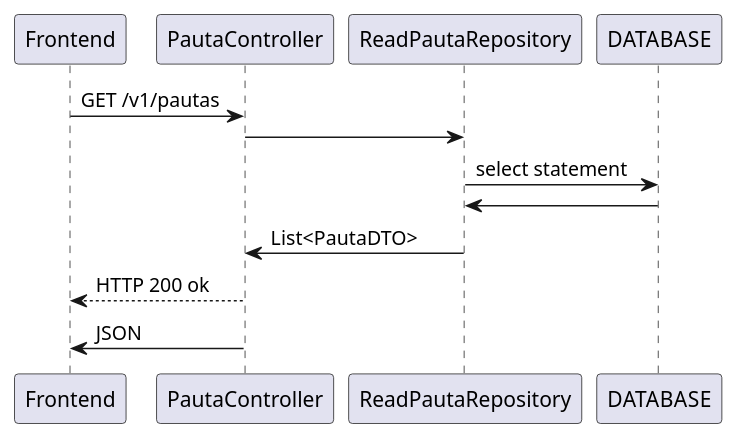
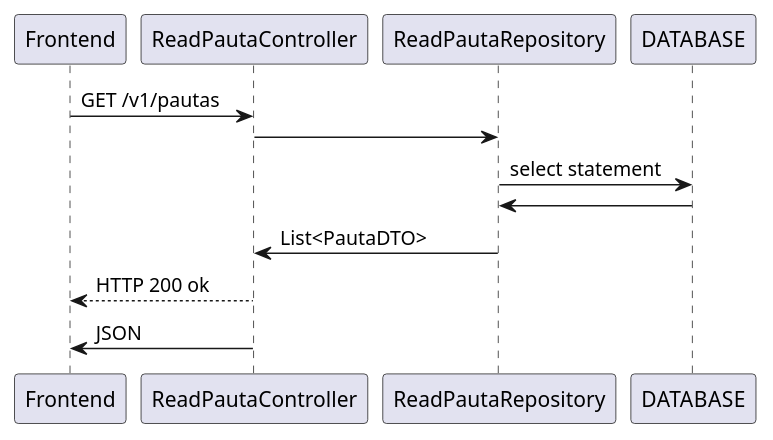
One commit to edilsonnascimento/assembleiaCooperados changed the diagram in src/01-read-list-all-pautas.puml. Above: the diagram before and after it, drawn with PlantUML. The commit also changed 1 other file, not shown here.

```diff
--- a/src/01-read-list-all-pautas.puml
+++ b/src/01-read-list-all-pautas.puml
@@ -1,9 +1,9 @@
 @startuml
-Frontend -> PautaController: GET /v1/pautas
-PautaController -> ReadPautaRepository
+Frontend -> ReadPautaController: GET /v1/pautas
+ReadPautaController -> ReadPautaRepository
 ReadPautaRepository -> DATABASE: select statement
 DATABASE -> ReadPautaRepository
-ReadPautaRepository -> PautaController: List<PautaDTO>
-PautaController --> Frontend: HTTP 200 ok
-PautaController -> Frontend: JSON
+ReadPautaRepository -> ReadPautaController: List<PautaDTO>
+ReadPautaController --> Frontend: HTTP 200 ok
+ReadPautaController -> Frontend: JSON
 @enduml
```
